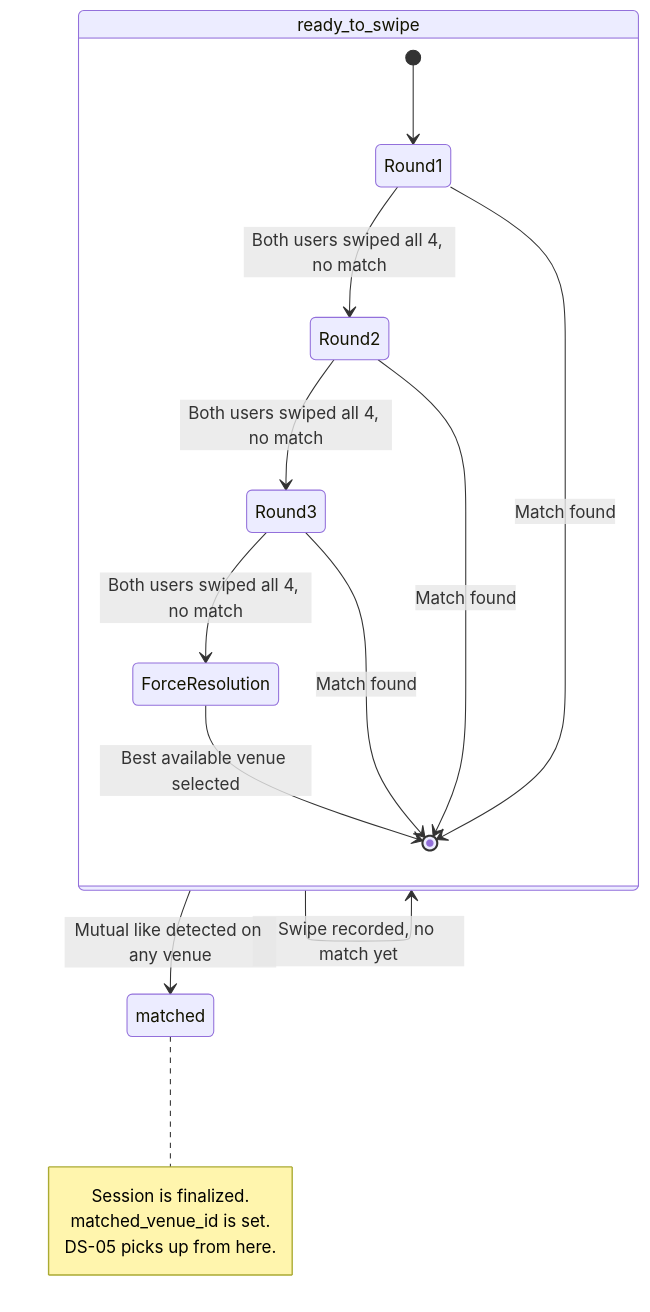
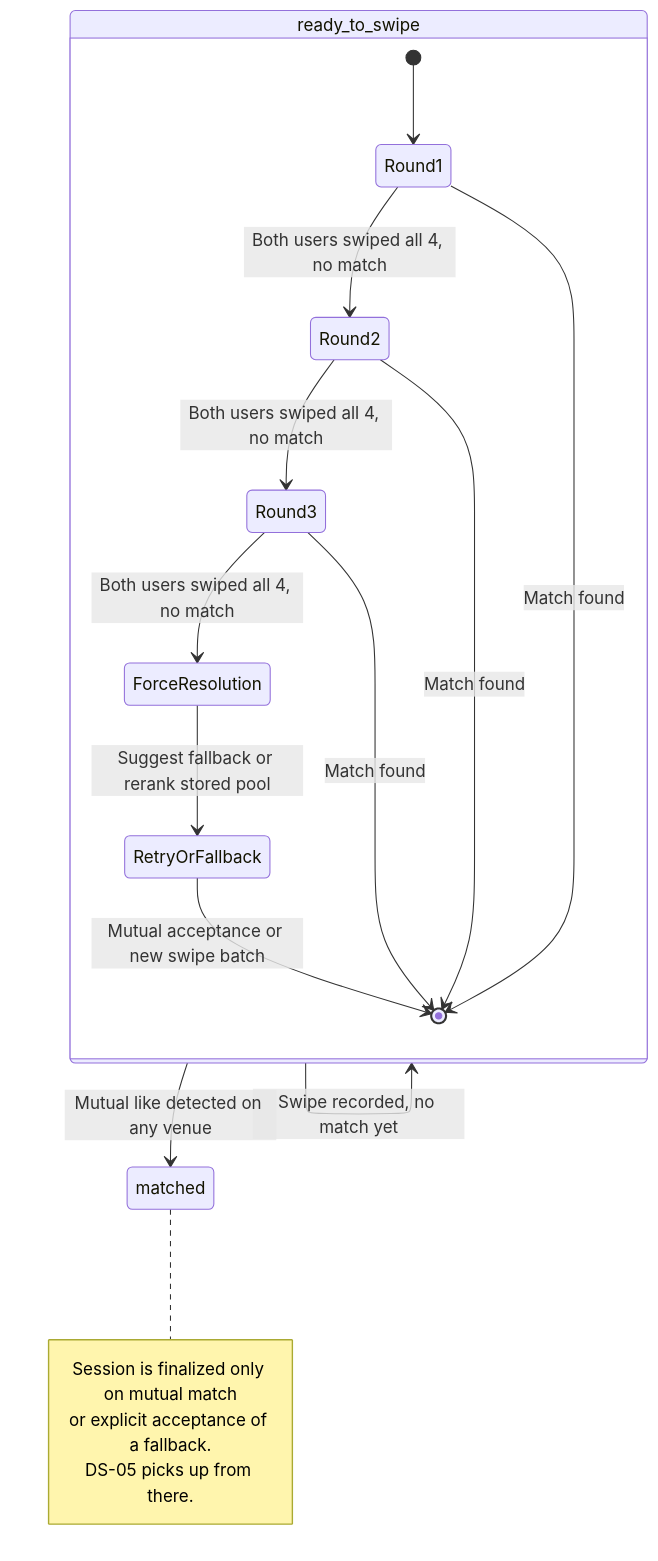
The third of 4 diagrams in docs/dev-specs/ds-04-swipe-match.md (Aiden-Barrera/dateflow), drawn with Mermaid before and after one commit. The commit also changed other lines of this file and 3 other files, not shown here.

````diff
--- a/docs/dev-specs/ds-04-swipe-match.md
+++ b/docs/dev-specs/ds-04-swipe-match.md
@@ -127,23 +129,24 @@
 ```mermaid
 stateDiagram-v2
     ready_to_swipe --> ready_to_swipe : Swipe recorded, no match yet
     ready_to_swipe --> matched : Mutual like detected on any venue
 
     state ready_to_swipe {
         [*] --> Round1
         Round1 --> Round2 : Both users swiped all 4, no match
         Round2 --> Round3 : Both users swiped all 4, no match
         Round3 --> ForceResolution : Both users swiped all 4, no match
-        ForceResolution --> [*] : Best available venue selected
+        ForceResolution --> RetryOrFallback : Suggest fallback or rerank stored pool
+        RetryOrFallback --> [*] : Mutual acceptance or new swipe batch
 
         Round1 --> [*] : Match found
         Round2 --> [*] : Match found
         Round3 --> [*] : Match found
     }
 
     note right of matched
-        Session is finalized.
-        matched_venue_id is set.
-        DS-05 picks up from here.
+        Session is finalized only on mutual match
+        or explicit acceptance of a fallback.
+        DS-05 picks up from there.
     end note
 ```
````
